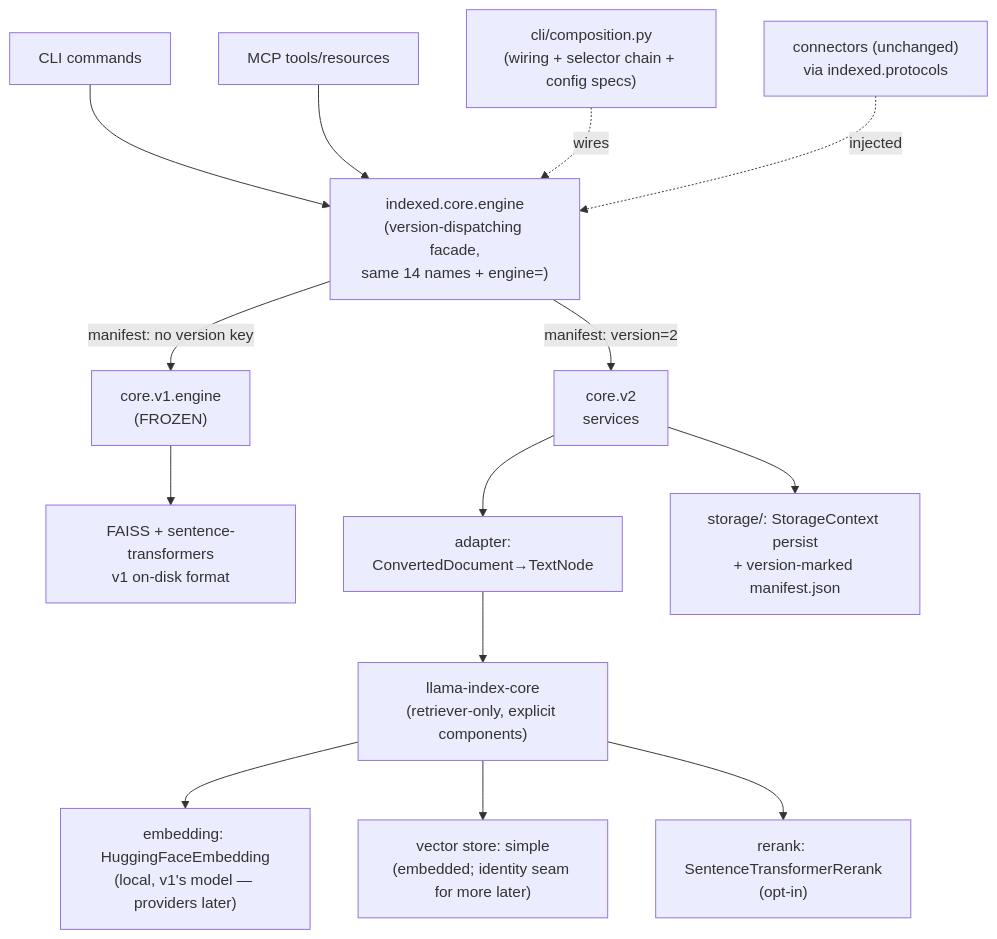
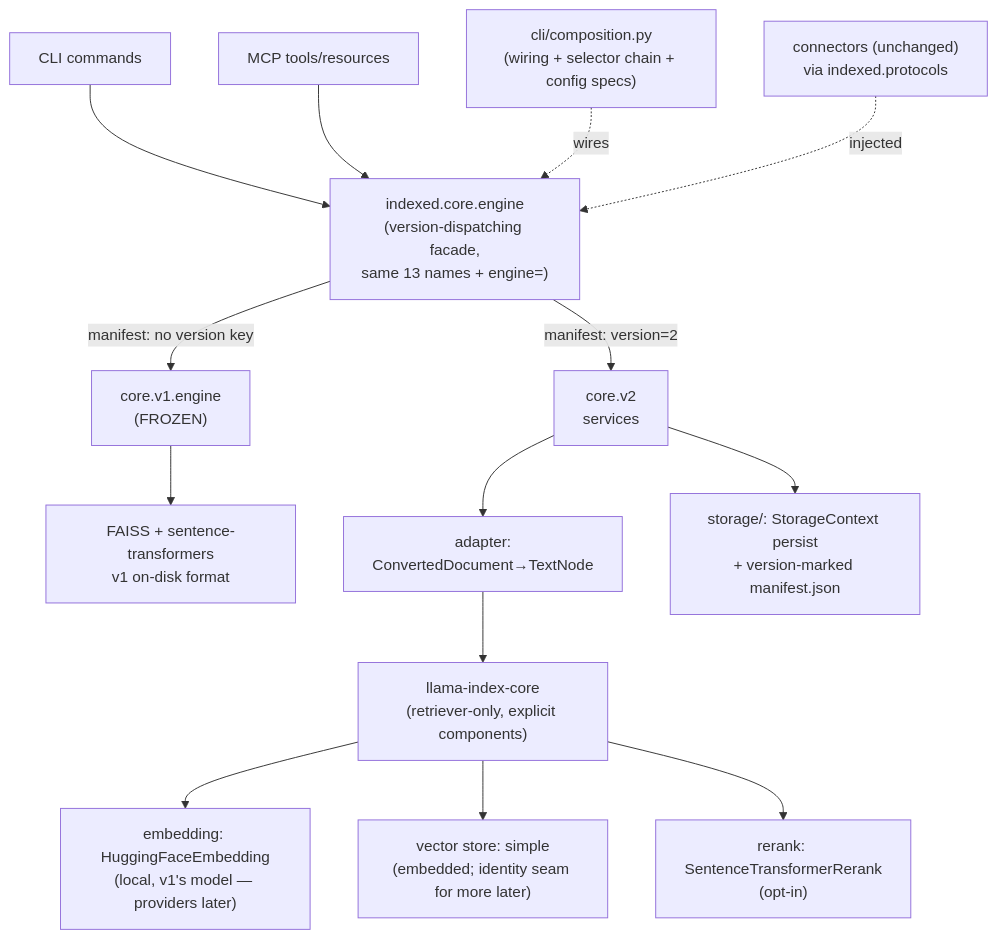
One commit to LennardZuendorf/indexed changed the diagram in plans/indexed-v2.md. Above: the diagram before and after it, drawn with Mermaid. The commit also changed other lines of this file, not shown here.

Commit message:
docs: fix v2 plan branch + facade count

````diff
--- a/plans/indexed-v2.md
+++ b/plans/indexed-v2.md
@@ -240,17 +240,17 @@
 ```mermaid
 flowchart TD
     CLI[CLI commands] --> F
     MCP[MCP tools/resources] --> F
-    F["indexed.core.engine<br/>(version-dispatching facade,<br/>same 14 names + engine=)"]
+    F["indexed.core.engine<br/>(version-dispatching facade,<br/>same 13 names + engine=)"]
     F -->|"manifest: no version key"| V1["core.v1.engine<br/>(FROZEN)"]
     F -->|"manifest: version=2"| V2["core.v2<br/>services"]
     V1 --> FAISS["FAISS + sentence-transformers<br/>v1 on-disk format"]
     V2 --> ADP["adapter:<br/>ConvertedDocument→TextNode"]
     ADP --> LI["llama-index-core<br/>(retriever-only, explicit components)"]
     LI --> EMB["embedding: HuggingFaceEmbedding<br/>(local, v1's model — providers later)"]
     LI --> VS["vector store: simple<br/>(embedded; identity seam for more later)"]
     LI --> RR["rerank: SentenceTransformerRerank<br/>(opt-in)"]
     V2 --> ST["storage/: StorageContext persist<br/>+ version-marked manifest.json"]
     COMP["cli/composition.py<br/>(wiring + selector chain + config specs)"] -.wires.-> F
     CONN["connectors (unchanged)<br/>via indexed.protocols"] -.injected.-> F
 ```
````
